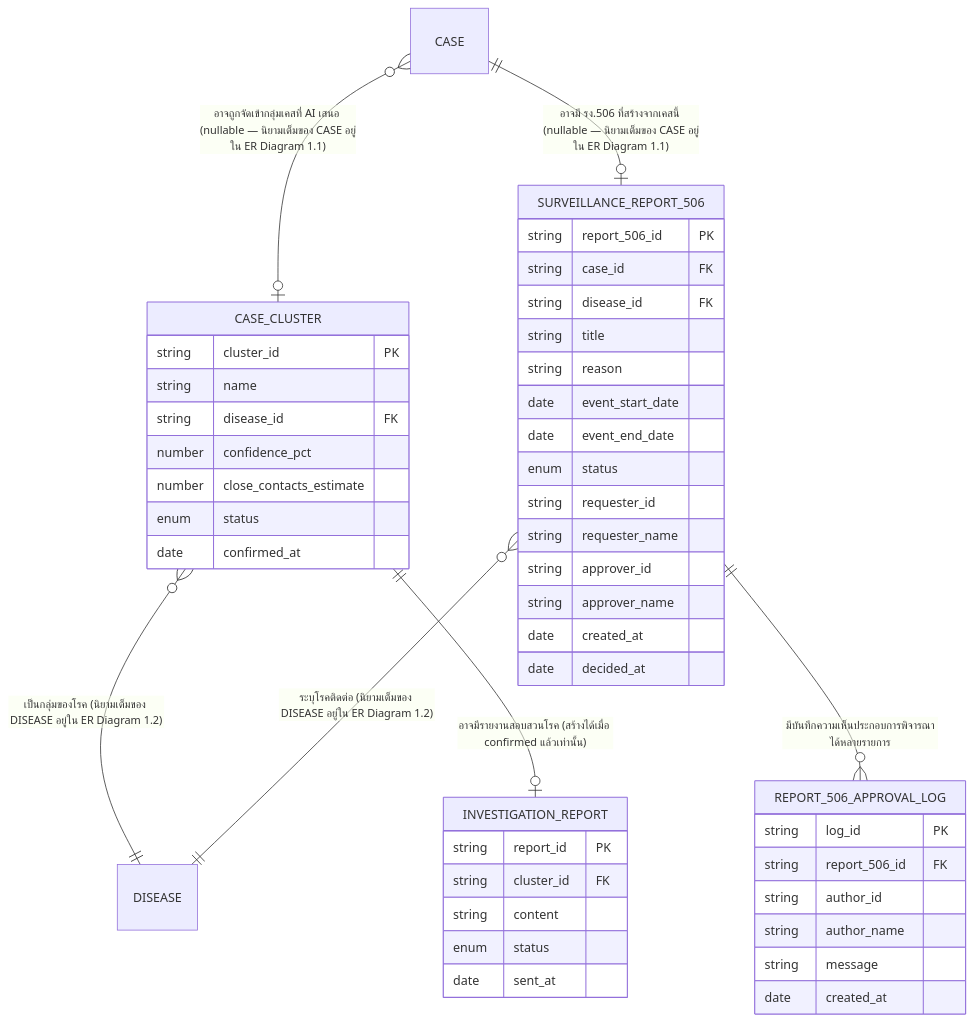
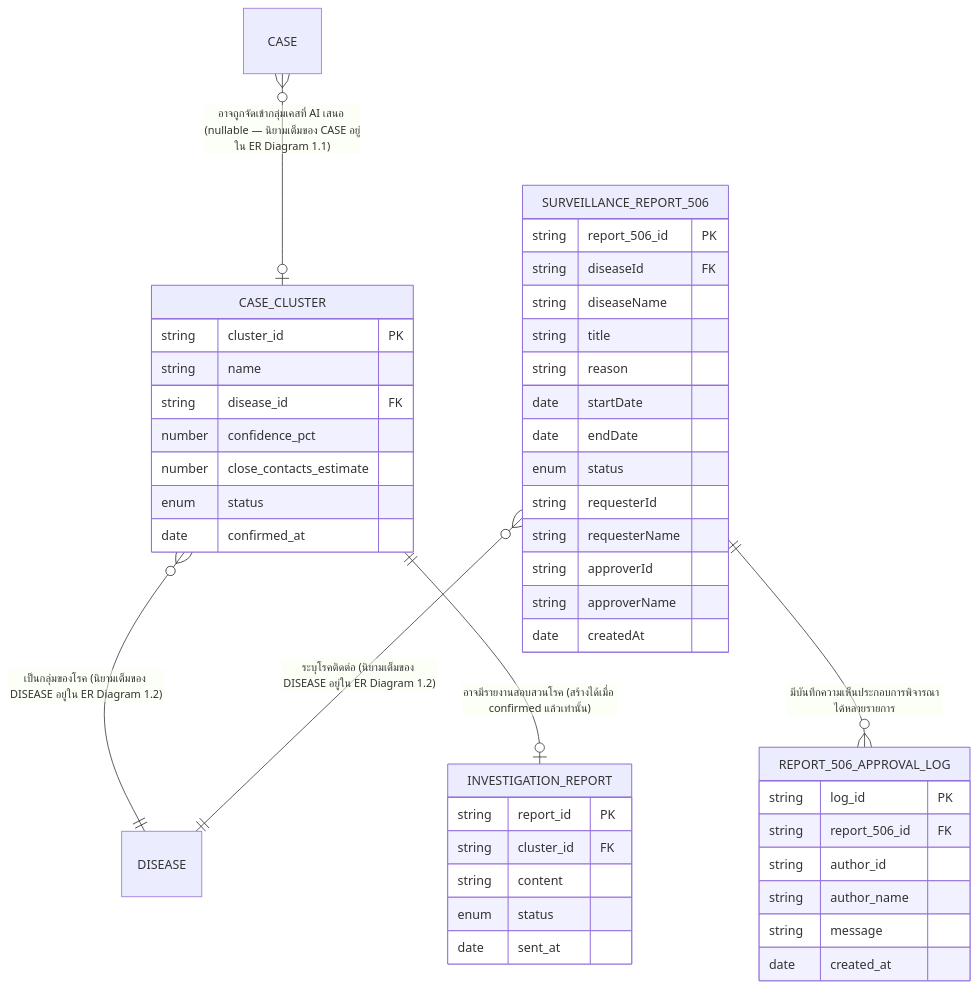
The third of 8 diagrams in docs/02-design/02-technical/DATA-MODEL.md (Plabuchill/AI-DSRP), drawn with Mermaid before and after one commit. The commit also changed other lines of this file, not shown here.

First line of the commit message:
Align SURVEILLANCE_REPORT_506/DISEASE with real seeded Firestore data

````diff
--- a/docs/02-design/02-technical/DATA-MODEL.md
+++ b/docs/02-design/02-technical/DATA-MODEL.md
@@ -124,50 +124,48 @@
 ```mermaid
 erDiagram
   CASE }o--o| CASE_CLUSTER : "อาจถูกจัดเข้ากลุ่มเคสที่ AI เสนอ (nullable — นิยามเต็มของ CASE อยู่ใน ER Diagram 1.1)"
   CASE_CLUSTER }o--|| DISEASE : "เป็นกลุ่มของโรค (นิยามเต็มของ DISEASE อยู่ใน ER Diagram 1.2)"
   CASE_CLUSTER ||--o| INVESTIGATION_REPORT : "อาจมีรายงานสอบสวนโรค (สร้างได้เมื่อ confirmed แล้วเท่านั้น)"
-  CASE ||--o| SURVEILLANCE_REPORT_506 : "อาจมี รง.506 ที่สร้างจากเคสนี้ (nullable — นิยามเต็มของ CASE อยู่ใน ER Diagram 1.1)"
   SURVEILLANCE_REPORT_506 }o--|| DISEASE : "ระบุโรคติดต่อ (นิยามเต็มของ DISEASE อยู่ใน ER Diagram 1.2)"
   SURVEILLANCE_REPORT_506 ||--o{ REPORT_506_APPROVAL_LOG : "มีบันทึกความเห็นประกอบการพิจารณาได้หลายรายการ"
 
   CASE_CLUSTER {
     string cluster_id PK
     string name
     string disease_id FK
     number confidence_pct
     number close_contacts_estimate
     enum status
     date confirmed_at
   }
   INVESTIGATION_REPORT {
     string report_id PK
     string cluster_id FK
     string content
     enum status
     date sent_at
   }
   SURVEILLANCE_REPORT_506 {
     string report_506_id PK
-    string case_id FK
-    string disease_id FK
+    string diseaseId FK
+    string diseaseName
     string title
     string reason
-    date event_start_date
-    date event_end_date
+    date startDate
+    date endDate
     enum status
-    string requester_id
-    string requester_name
-    string approver_id
-    string approver_name
-    date created_at
-    date decided_at
+    string requesterId
+    string requesterName
+    string approverId
+    string approverName
+    date createdAt
   }
   REPORT_506_APPROVAL_LOG {
     string log_id PK
     string report_506_id FK
     string author_id
     string author_name
     string message
     date created_at
   }
 ```
````
